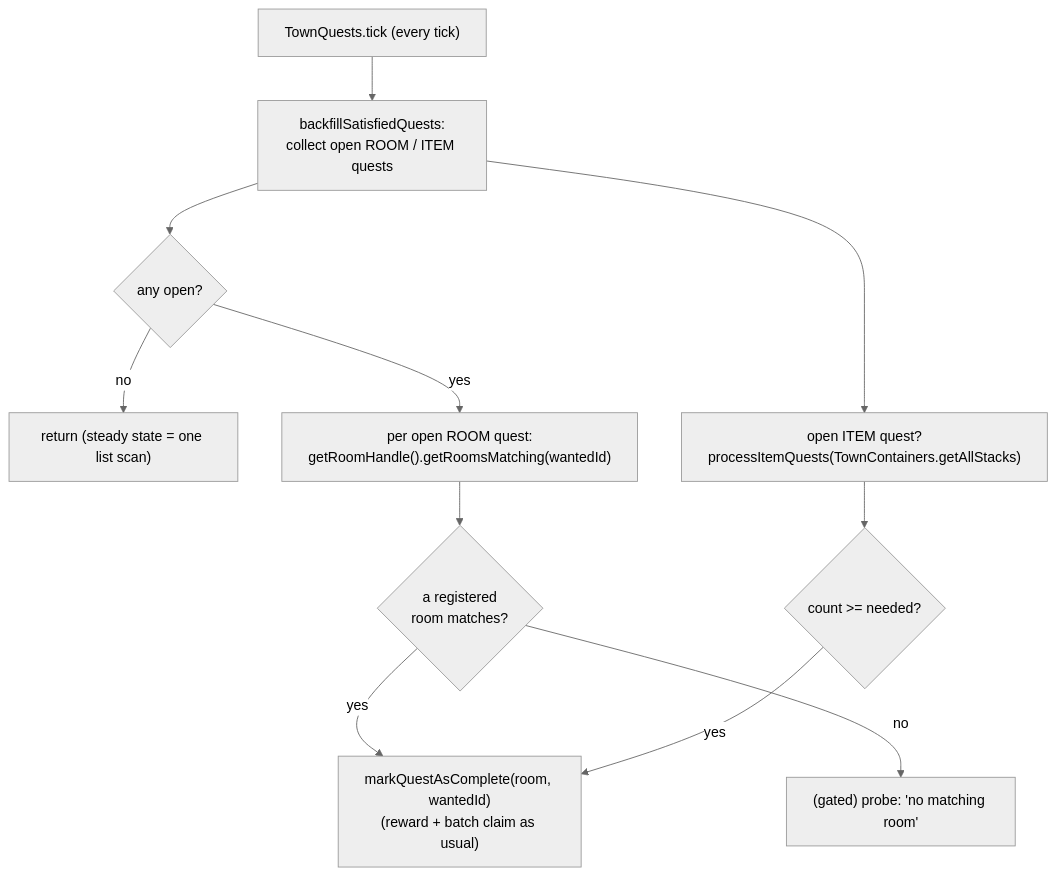
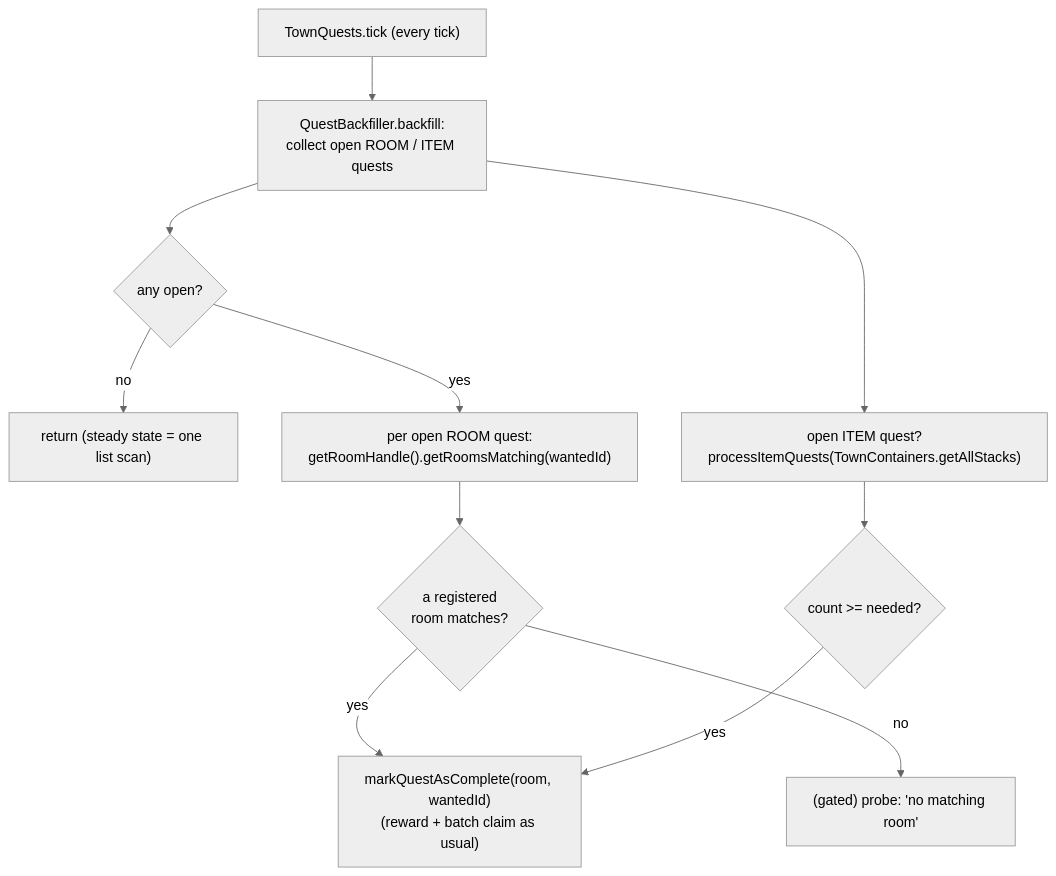
Diagram 11 of 15 in src/main/java/ca/bradj/questown/town/entity/COMPLEX.md (bradsk88/Questown), drawn with Mermaid (neutral theme) before and after one commit. The commit also changed other lines of this file and 42 other files, not shown here.

````diff
--- a/src/main/java/ca/bradj/questown/town/entity/COMPLEX.md
+++ b/src/main/java/ca/bradj/questown/town/entity/COMPLEX.md
@@ -590,13 +590,13 @@
 ```mermaid
 flowchart TD
-    Tick["TownQuests.tick (every tick)"] --> Gather["backfillSatisfiedQuests:\ncollect open ROOM / ITEM quests"]
+    Tick["TownQuests.tick (every tick)"] --> Gather["QuestBackfiller.backfill:\ncollect open ROOM / ITEM quests"]
     Gather --> Any{"any open?"}
     Any -- no --> Ret["return (steady state = one list scan)"]
     Any -- yes --> Rooms["per open ROOM quest:\ngetRoomHandle().getRoomsMatching(wantedId)"]
     Rooms --> RM{"a registered\nroom matches?"}
     RM -- yes --> Done["markQuestAsComplete(room, wantedId)\n(reward + batch claim as usual)"]
     RM -- no --> Skip["(gated) probe: 'no matching room'"]
     Gather --> Items["open ITEM quest?\nprocessItemQuests(TownContainers.getAllStacks)"]
     Items --> IC{"count >= needed?"}
     IC -- yes --> Done
 ```
````
